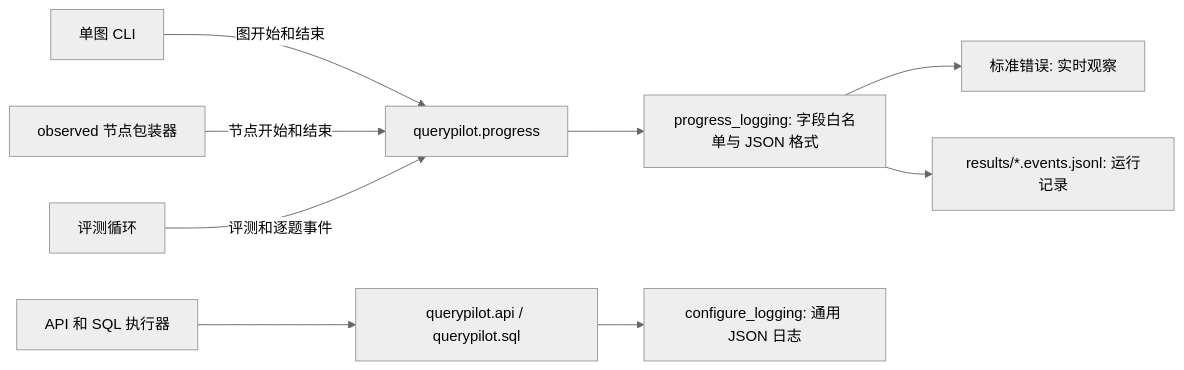
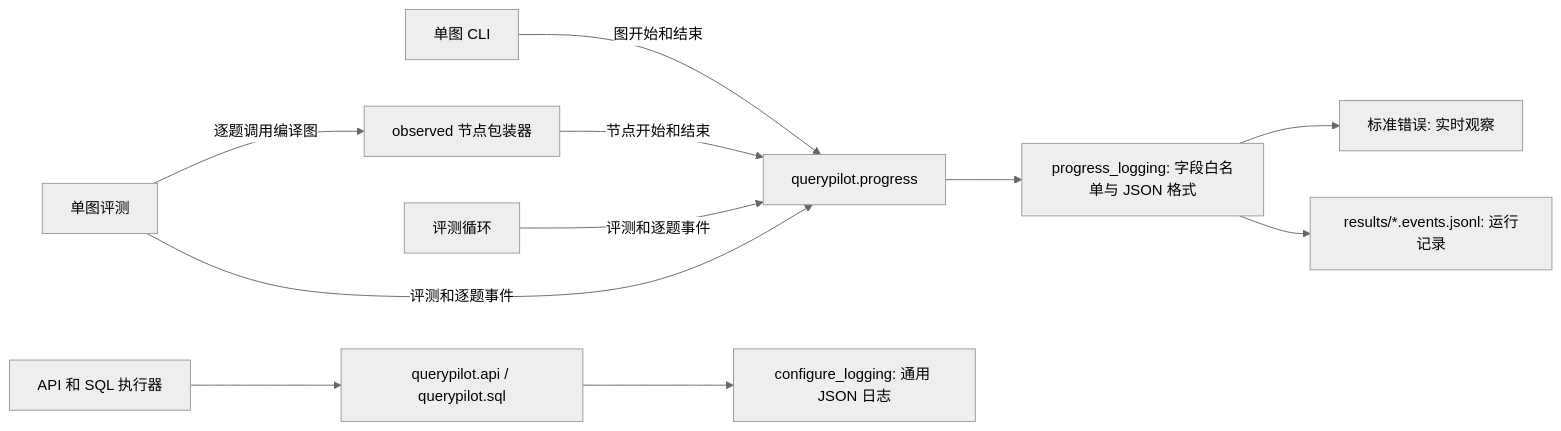
The first of 2 diagrams in docs/observability.md (MyNoire/data-agent-langgraph), drawn with Mermaid (neutral theme) before and after one commit. The commit also changed other lines of this file and 12 other files, not shown here.

Commit message:
Add graph evaluation progress and shared result reports

````diff
--- a/docs/observability.md
+++ b/docs/observability.md
@@ -11,11 +11,13 @@
 ```mermaid
 flowchart LR
   CLI[单图 CLI] -->|图开始和结束| P[querypilot.progress]
   G[observed 节点包装器] -->|节点开始和结束| P
   E[评测循环] -->|评测和逐题事件| P
+  GE[单图评测] -->|逐题调用编译图| G
+  GE -->|评测和逐题事件| P
   P --> F[progress_logging: 字段白名单与 JSON 格式]
   F --> T[标准错误: 实时观察]
   F --> J[results/*.events.jsonl: 运行记录]
   A[API 和 SQL 执行器] --> L[querypilot.api / querypilot.sql]
   L --> C[configure_logging: 通用 JSON 日志]
 ```
````
